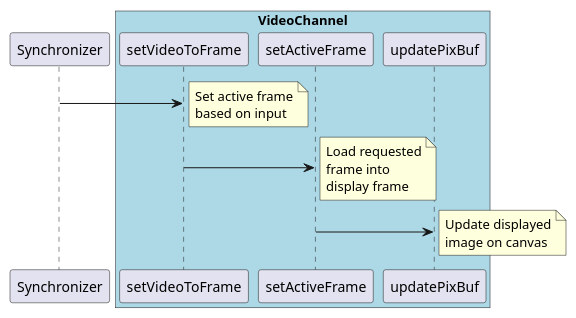
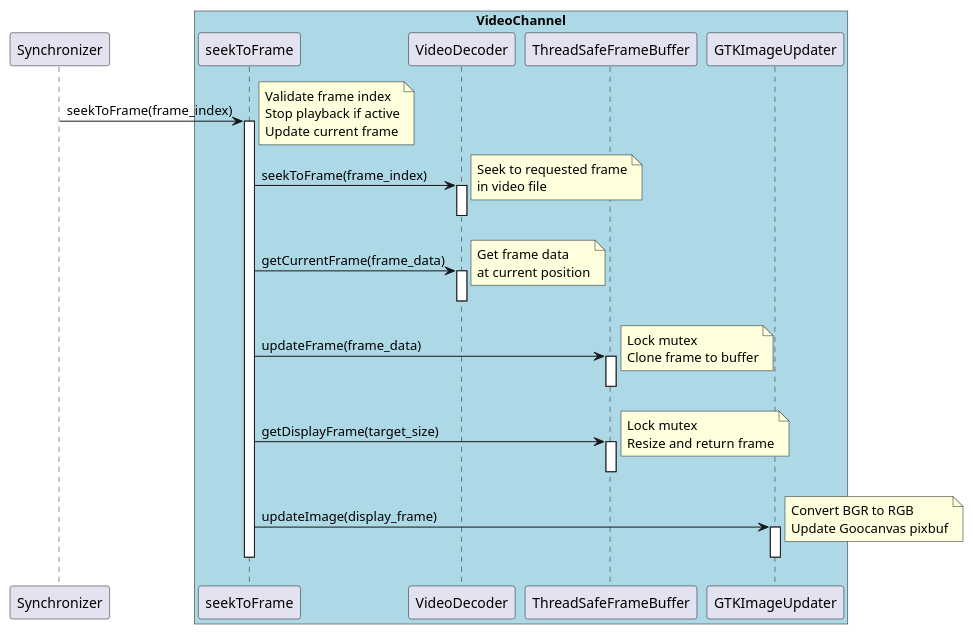
Before and after one commit to timwalsh41/SwingAnalyzer: the second of 3 diagrams in design/Video channel frame update.md, drawn with PlantUML. The commit also changed other lines of this file and 5 other files, not shown here.

Commit message:
Revised frame update markdown to reflect recent VideoChannel refactor

````diff
--- a/design/Video channel frame update.md
+++ b/design/Video channel frame update.md
@@ -65,21 +71,40 @@
 ```plantuml
 
 @startuml
 
 participant Synchronizer
 box "VideoChannel" #LightBlue
-participant setVideoToFrame
-participant setActiveFrame
-participant updatePixBuf
+participant seekToFrame
+participant VideoDecoder
+participant ThreadSafeFrameBuffer
+participant GTKImageUpdater
 end box
 
-Synchronizer -> setVideoToFrame
-note right: Set active frame\nbased on input
-setVideoToFrame -> setActiveFrame
-note right: Load requested\nframe into\ndisplay frame
-setActiveFrame -> updatePixBuf
-note right: Update displayed\nimage on canvas
+Synchronizer -> seekToFrame : seekToFrame(frame_index)
+activate seekToFrame
+note right: Validate frame index\nStop playback if active\nUpdate current frame
+seekToFrame -> VideoDecoder : seekToFrame(frame_index)
+activate VideoDecoder
+note right: Seek to requested frame\nin video file
+deactivate VideoDecoder
+seekToFrame -> VideoDecoder : getCurrentFrame(frame_data)
+activate VideoDecoder
+note right: Get frame data\nat current position
+deactivate VideoDecoder
+seekToFrame -> ThreadSafeFrameBuffer : updateFrame(frame_data)
+activate ThreadSafeFrameBuffer
+note right: Lock mutex\nClone frame to buffer
+deactivate ThreadSafeFrameBuffer
+seekToFrame -> ThreadSafeFrameBuffer : getDisplayFrame(target_size)
+activate ThreadSafeFrameBuffer
+note right: Lock mutex\nResize and return frame
+deactivate ThreadSafeFrameBuffer
+seekToFrame -> GTKImageUpdater : updateImage(display_frame)
+activate GTKImageUpdater
+note right: Convert BGR to RGB\nUpdate Goocanvas pixbuf
+deactivate GTKImageUpdater
+deactivate seekToFrame
 
 @enduml
 
 ```
````
